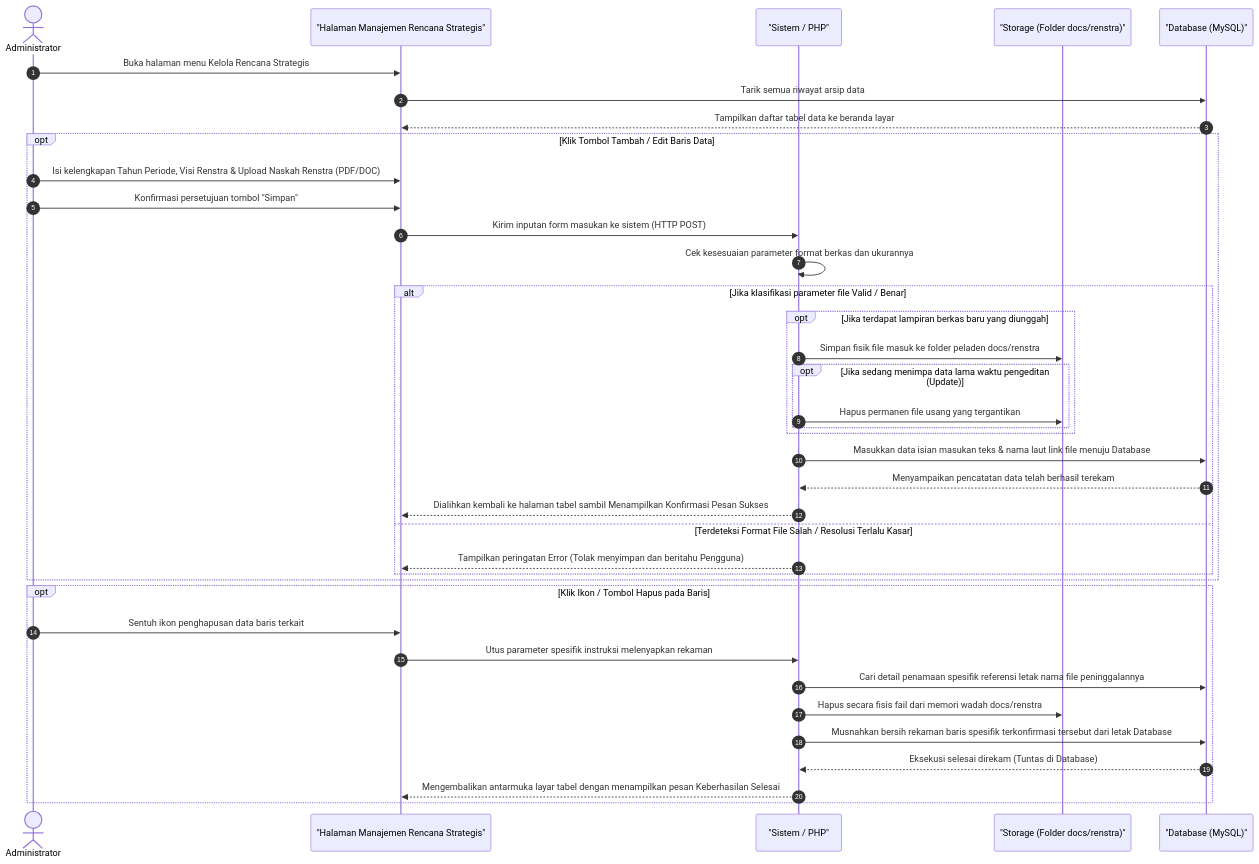
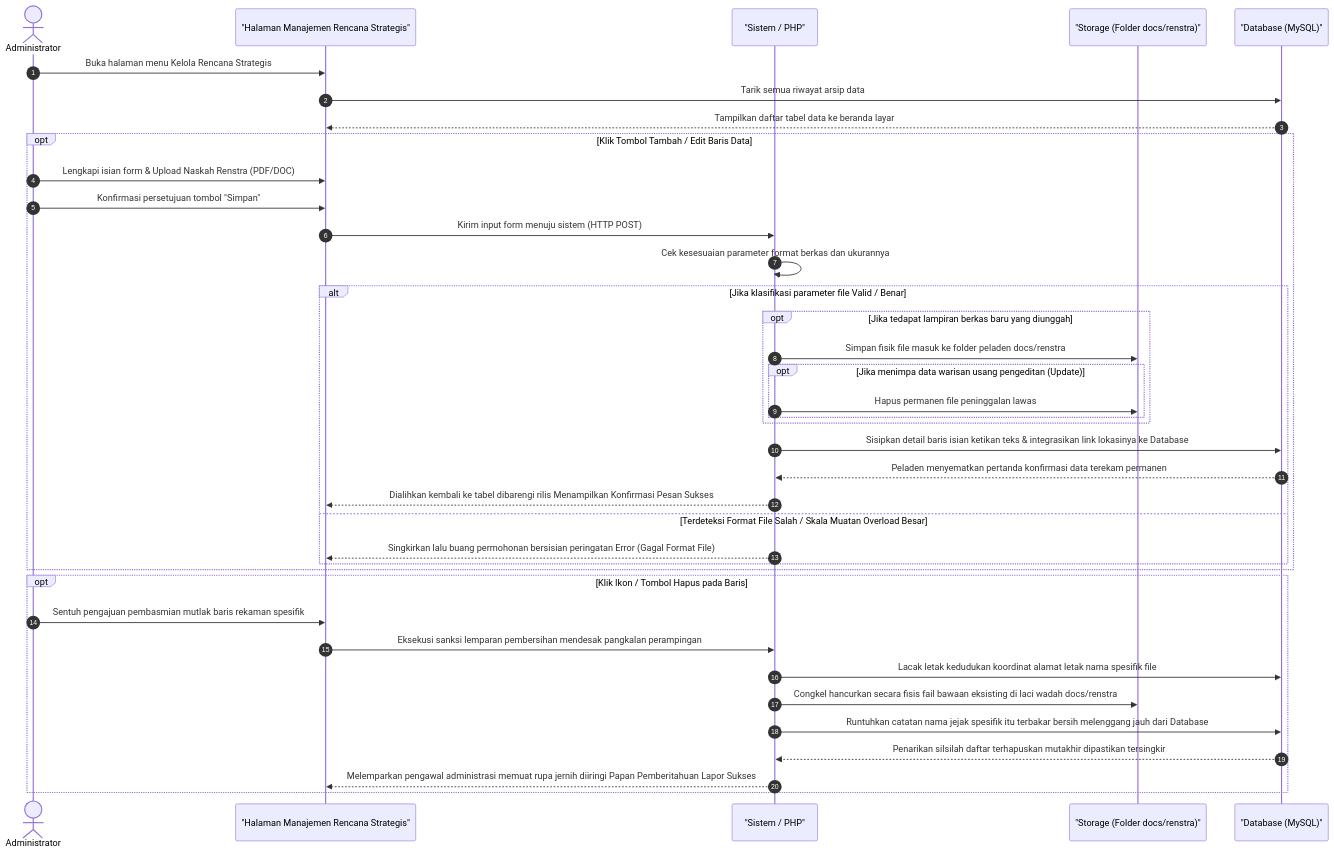
The diagram in docs/sequence_diagram_admin_renstra.md (arbain-dev/Web_fikom), drawn with Mermaid before and after one commit. The commit also changed other lines of this file and 18 other files, not shown here.

Commit message:
docs: mengubah format penjelasan sequence administrator dari list menjadi paragraf naratif

````diff
--- a/docs/sequence_diagram_admin_renstra.md
+++ b/docs/sequence_diagram_admin_renstra.md
@@ -29,48 +15,48 @@
 ```mermaid
 sequenceDiagram
     autonumber
     actor Admin as Administrator
     participant View as "Halaman Manajemen Rencana Strategis"
     participant System as "Sistem / PHP"
     participant Server as "Storage (Folder docs/renstra)"
     participant DB as "Database (MySQL)"
 
     Admin->>View: Buka halaman menu Kelola Rencana Strategis
     View->>DB: Tarik semua riwayat arsip data
     DB-->>View: Tampilkan daftar tabel data ke beranda layar
 
     %% Proses Tambah / Edit
     opt Klik Tombol Tambah / Edit Baris Data
-        Admin->>View: Isi kelengkapan Tahun Periode, Visi Renstra & Upload Naskah Renstra (PDF/DOC)
+        Admin->>View: Lengkapi isian form & Upload Naskah Renstra (PDF/DOC)
         Admin->>View: Konfirmasi persetujuan tombol "Simpan"
-        View->>System: Kirim inputan form masukan ke sistem (HTTP POST)
+        View->>System: Kirim input form menuju sistem (HTTP POST)
 
         System->>System: Cek kesesuaian parameter format berkas dan ukurannya
         
         alt Jika klasifikasi parameter file Valid / Benar
-            opt Jika terdapat lampiran berkas baru yang diunggah
+            opt Jika tedapat lampiran berkas baru yang diunggah
                 System->>Server: Simpan fisik file masuk ke folder peladen docs/renstra
-                opt Jika sedang menimpa data lama waktu pengeditan (Update)
-                    System->>Server: Hapus permanen file usang yang tergantikan
+                opt Jika menimpa data warisan usang pengeditan (Update)
+                    System->>Server: Hapus permanen file peninggalan lawas
                 end
             end
             
-            System->>DB: Masukkan data isian masukan teks & nama laut link file menuju Database
-            DB-->>System: Menyampaikan pencatatan data telah berhasil terekam
-            System-->>View: Dialihkan kembali ke halaman tabel sambil Menampilkan Konfirmasi Pesan Sukses
-        else Terdeteksi Format File Salah / Resolusi Terlalu Kasar
-            System-->>View: Tampilkan peringatan Error (Tolak menyimpan dan beritahu Pengguna)
+            System->>DB: Sisipkan detail baris isian ketikan teks & integrasikan link lokasinya ke Database
+            DB-->>System: Peladen menyematkan pertanda konfirmasi data terekam permanen
+            System-->>View: Dialihkan kembali ke tabel dibarengi rilis Menampilkan Konfirmasi Pesan Sukses
+        else Terdeteksi Format File Salah / Skala Muatan Overload Besar
+            System-->>View: Singkirkan lalu buang permohonan bersisian peringatan Error (Gagal Format File)
         end
     end
 
     %% Proses Hapus
     opt Klik Ikon / Tombol Hapus pada Baris
-        Admin->>View: Sentuh ikon penghapusan data baris terkait
-        View->>System: Utus parameter spesifik instruksi melenyapkan rekaman
-        System->>DB: Cari detail penamaan spesifik referensi letak nama file peninggalannya
-        System->>Server: Hapus secara fisis fail dari memori wadah docs/renstra
-        System->>DB: Musnahkan bersih rekaman baris spesifik terkonfirmasi tersebut dari letak Database
-        DB-->>System: Eksekusi selesai direkam (Tuntas di Database)
-        System-->>View: Mengembalikan antarmuka layar tabel dengan menampilkan pesan Keberhasilan Selesai
+        Admin->>View: Sentuh pengajuan pembasmian mutlak baris rekaman spesifik
+        View->>System: Eksekusi sanksi lemparan pembersihan mendesak pangkalan perampingan
+        System->>DB: Lacak letak kedudukan koordinat alamat letak nama spesifik file 
+        System->>Server: Congkel hancurkan secara fisis fail bawaan eksisting di laci wadah docs/renstra
+        System->>DB: Runtuhkan catatan nama jejak spesifik itu terbakar bersih melenggang jauh dari Database
+        DB-->>System: Penarikan silsilah daftar terhapuskan mutakhir dipastikan tersingkir
+        System-->>View: Melemparkan pengawal administrasi memuat rupa jernih diiringi Papan Pemberitahuan Lapor Sukses 
     end
 ```
````
